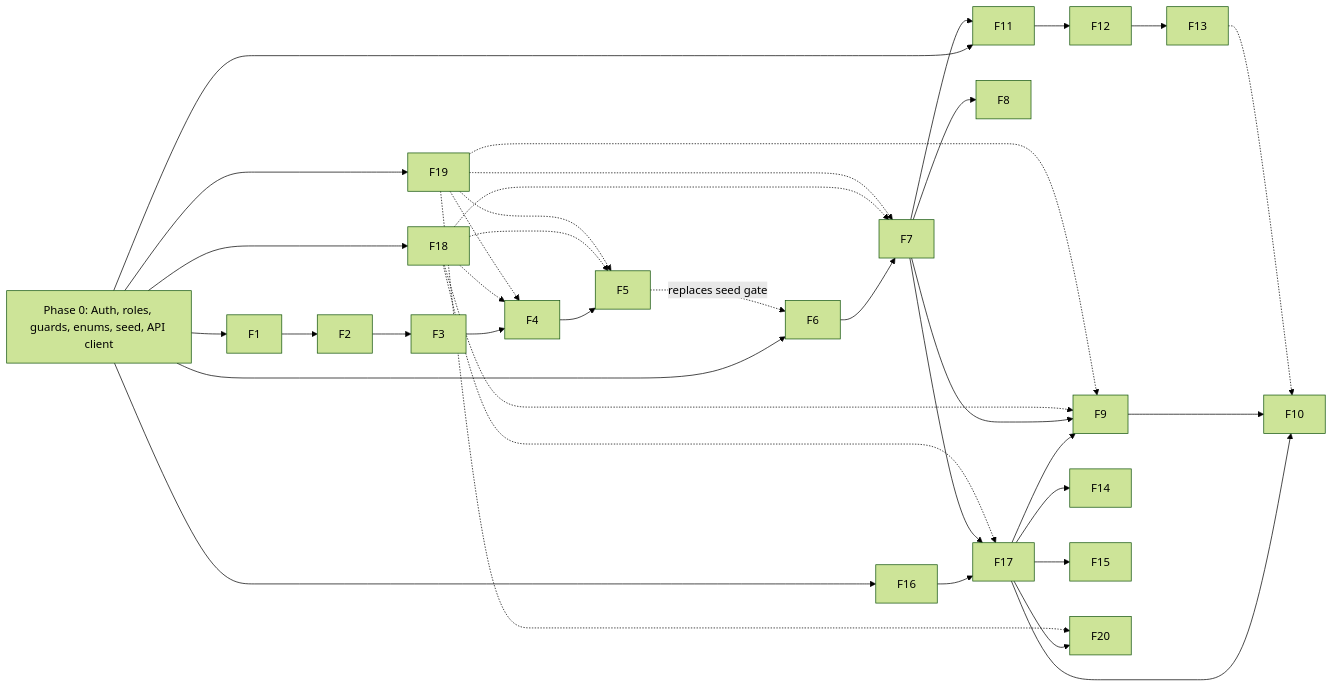
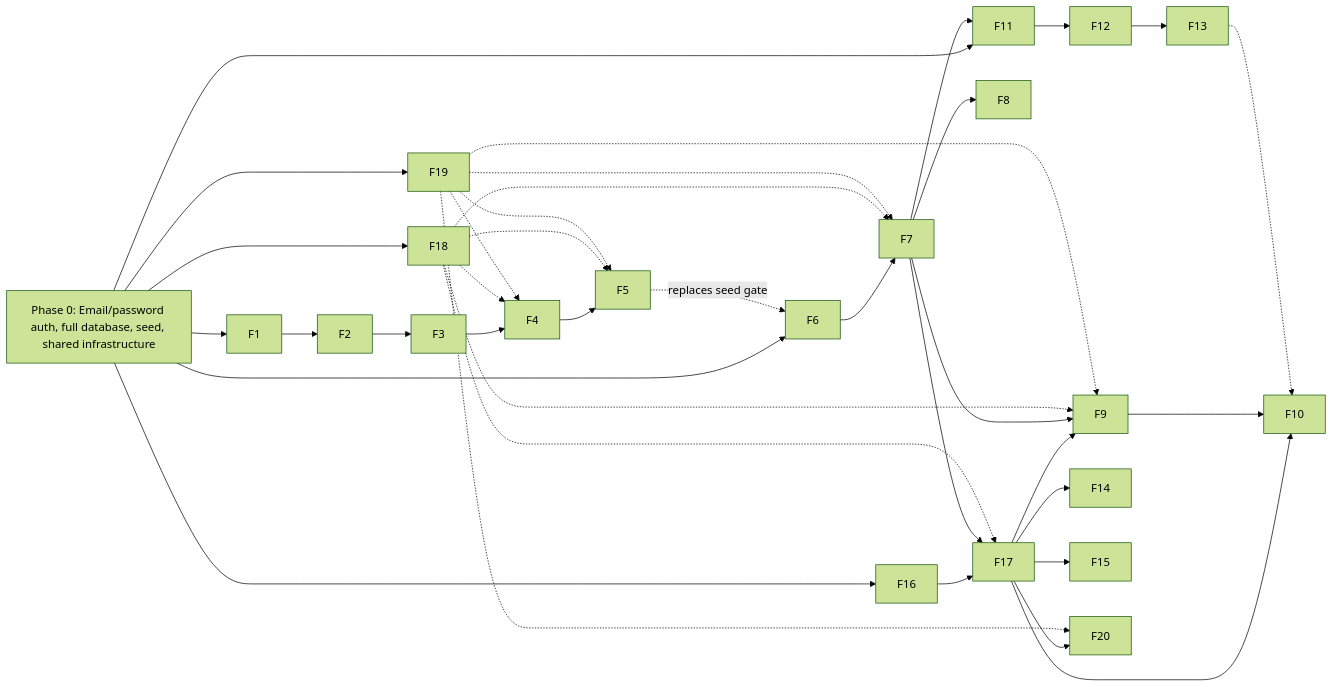
One commit to azmain021/FundTogether changed the diagram in docs/FundTogether Feature Plan.md. Above: the diagram before and after it, drawn with Mermaid (forest theme). The commit also changed other lines of this file and 77 other files, not shown here.

Commit message:
update: auth build & db schema

````diff
--- a/docs/FundTogether Feature Plan.md
+++ b/docs/FundTogether Feature Plan.md
@@ -650,19 +658,19 @@
 ```mermaid
 flowchart LR
-    P0[Phase 0: Auth, roles, guards, enums, seed, API client]
+    P0[Phase 0: Email/password auth, full database, seed, shared infrastructure]
     P0 --> F1 & F6 & F11 & F16 & F19 & F18
     F1 --> F2 --> F3 --> F4 --> F5
     F5 -. replaces seed gate .-> F6
     F6 --> F7 --> F8
     F7 --> F11
     F11 --> F12 --> F13
     F16 --> F17
     F7 --> F17
     F17 --> F9
     F7 --> F9
     F17 --> F14 & F15 & F10 & F20
     F9 --> F10
     F13 -.-> F10
     F18 -.-> F4 & F5 & F7 & F9 & F17
     F19 -.-> F4 & F5 & F7 & F9 & F20
 ```
````
